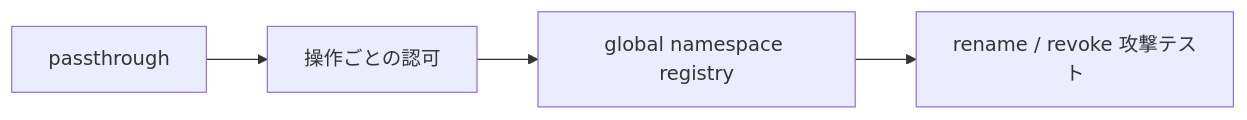
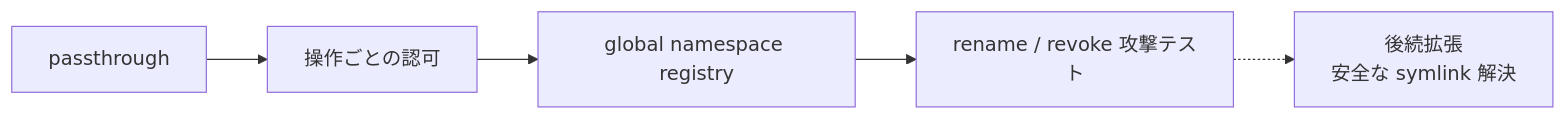
One commit to Aqua-218/SecCamp-AIAgent changed the second of 2 diagrams in docs/design/implementation-plan.md. Above: the diagram before and after it, drawn with Mermaid. The commit also changed other lines of this file and 3 other files, not shown here.

````diff
--- a/docs/design/implementation-plan.md
+++ b/docs/design/implementation-plan.md
@@ -45,6 +45,7 @@
 ```mermaid
 flowchart LR
     passthrough["passthrough"] --> auth["操作ごとの認可"]
     auth --> namespace["global namespace registry"]
     namespace --> race["rename / revoke 攻撃テスト"]
+    race -.-> symlink["後続拡張<br/>安全な symlink 解決"]
 ```
````
